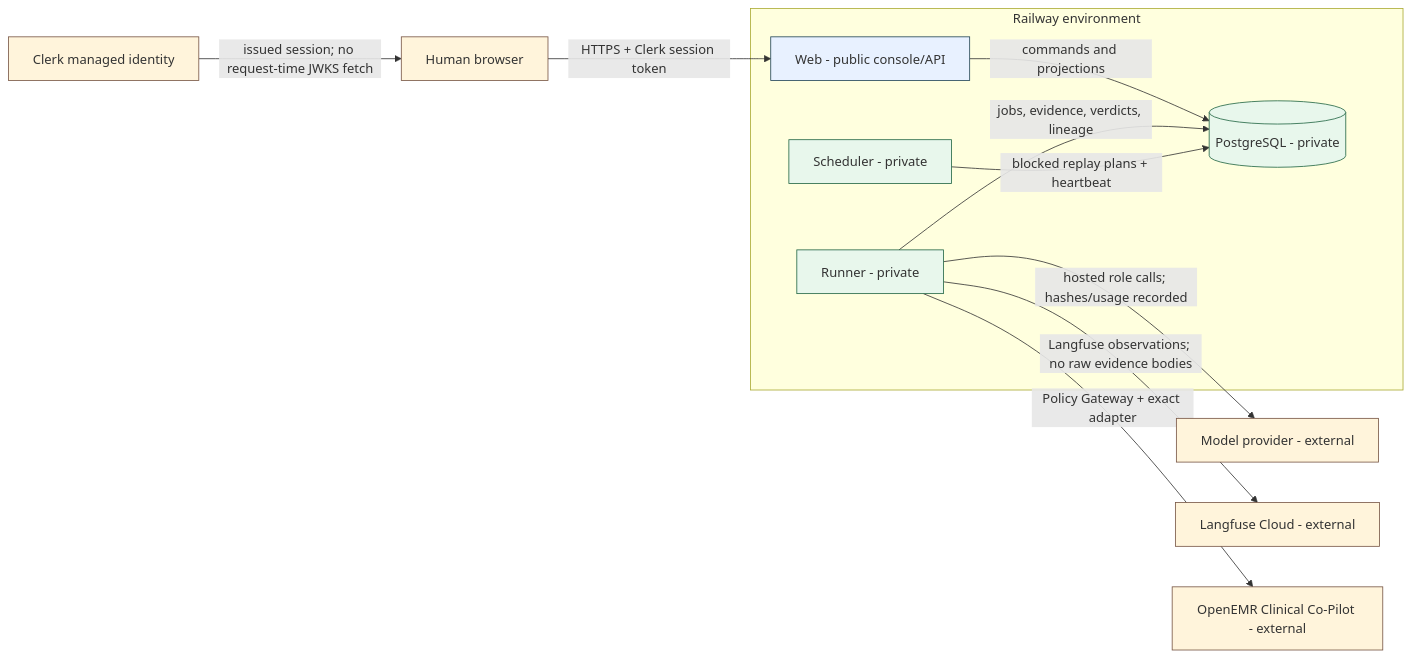
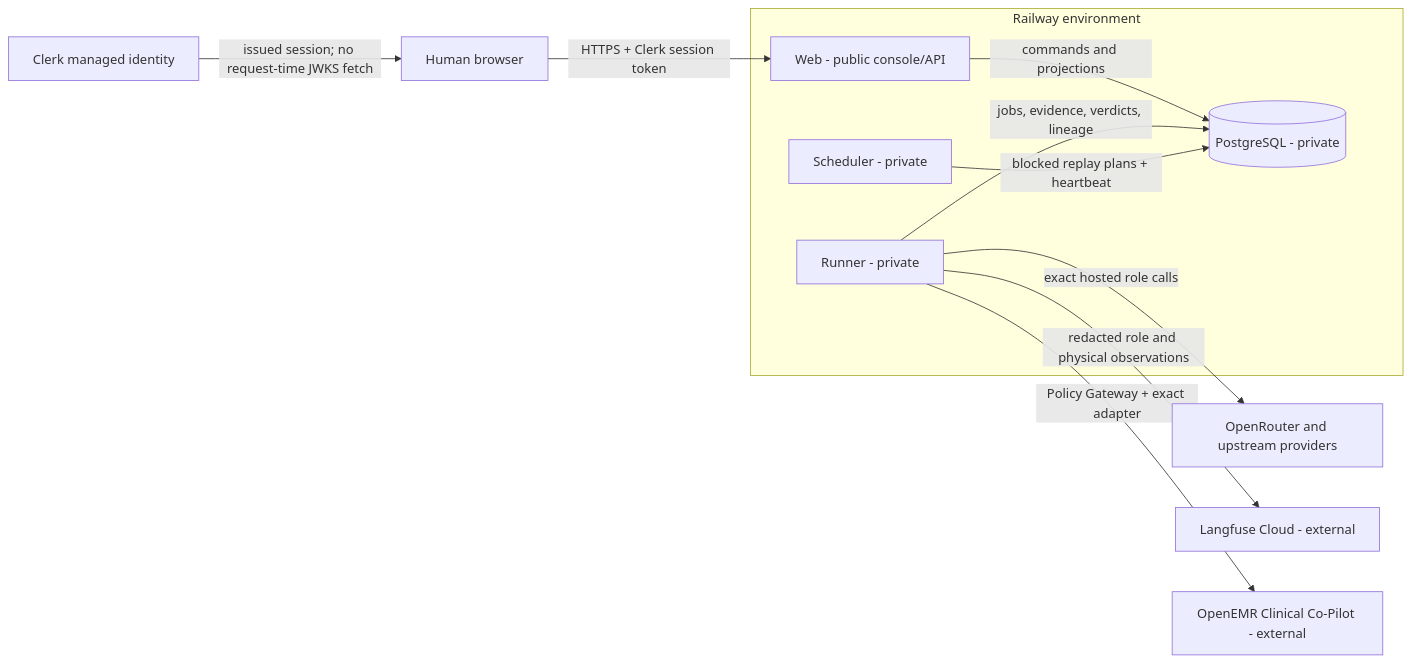
One commit to worldofhacks/headshot changed the diagram in docs/evidence/ato/ARCHITECTURE_DEPLOYMENT.md. Above: the diagram before and after it, drawn with Mermaid. The commit also changed other lines of this file and 9 other files, not shown here.

````diff
--- a/docs/evidence/ato/ARCHITECTURE_DEPLOYMENT.md
+++ b/docs/evidence/ato/ARCHITECTURE_DEPLOYMENT.md
@@ -22,26 +23,19 @@
 ```mermaid
 flowchart LR
     Browser["Human browser"] -->|"HTTPS + Clerk session token"| Web
     Clerk["Clerk managed identity"] -->|"issued session; no request-time JWKS fetch"| Browser
 
     subgraph Railway["Railway environment"]
       Web["Web - public console/API"]
       Runner["Runner - private"]
       Scheduler["Scheduler - private"]
       DB[("PostgreSQL - private")]
       Web -->|"commands and projections"| DB
       Runner -->|"jobs, evidence, verdicts, lineage"| DB
       Scheduler -->|"blocked replay plans + heartbeat"| DB
     end
 
-    Runner -->|"hosted role calls; hashes/usage recorded"| Provider["Model provider - external"]
-    Runner -->|"Langfuse observations; no raw evidence bodies"| Langfuse["Langfuse Cloud - external"]
+    Runner -->|"exact hosted role calls"| Provider["OpenRouter and upstream providers"]
+    Runner -->|"redacted role and physical observations"| Langfuse["Langfuse Cloud - external"]
     Runner -->|"Policy Gateway + exact adapter"| Target["OpenEMR Clinical Co-Pilot - external"]
-
-    classDef public fill:#e8f1ff,stroke:#245;
-    classDef private fill:#e8f7ec,stroke:#264;
-    classDef external fill:#fff4db,stroke:#754;
-    class Web public;
-    class Runner,Scheduler,DB private;
-    class Browser,Clerk,Provider,Langfuse,Target external;
 ```
````
